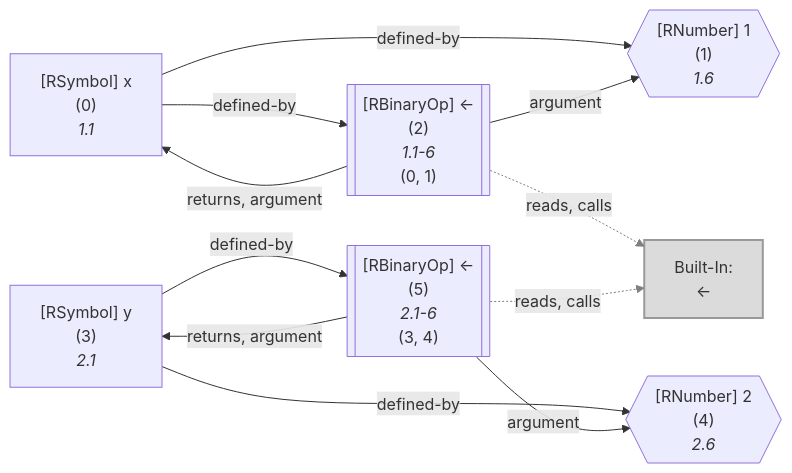
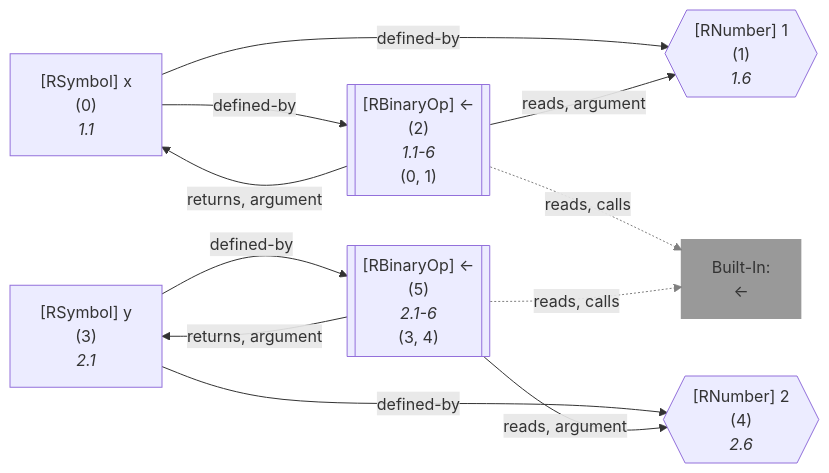
Before and after one commit to flowr-analysis/flowr: the tenth of 17 diagrams in wiki/Query API.md, drawn with Mermaid. The commit also changed other lines of this file and 18 other files, not shown here.

````diff
--- a/wiki/Query API.md
+++ b/wiki/Query API.md
@@ -4063,38 +4231,38 @@
 ```mermaid
 flowchart LR
     1{{"`#91;RNumber#93; 1
       (1)
       *1.6*`"}}
     0["`#91;RSymbol#93; x
       (0)
       *1.1*`"]
     2[["`#91;RBinaryOp#93; #60;#45;
       (2)
       *1.1-6*
     (0, 1)`"]]
     built-in:_-["`Built-In:
 #60;#45;`"]
-    style built-in:_- stroke:gray,fill:lightgray,stroke-width:2px,opacity:.8;
+    style built-in:_- stroke:gray,fill:gray,stroke-width:2px,opacity:.8;
     4{{"`#91;RNumber#93; 2
       (4)
       *2.6*`"}}
     3["`#91;RSymbol#93; y
       (3)
       *2.1*`"]
     5[["`#91;RBinaryOp#93; #60;#45;
       (5)
       *2.1-6*
     (3, 4)`"]]
     0 -->|"defined-by"| 1
     0 -->|"defined-by"| 2
-    2 -->|"argument"| 1
+    2 -->|"reads, argument"| 1
     2 -->|"returns, argument"| 0
     2 -.->|"reads, calls"| built-in:_-
     linkStyle 4 stroke:gray;
     3 -->|"defined-by"| 4
     3 -->|"defined-by"| 5
-    5 -->|"argument"| 4
+    5 -->|"reads, argument"| 4
     5 -->|"returns, argument"| 3
     5 -.->|"reads, calls"| built-in:_-
     linkStyle 9 stroke:gray;
 ```
````
